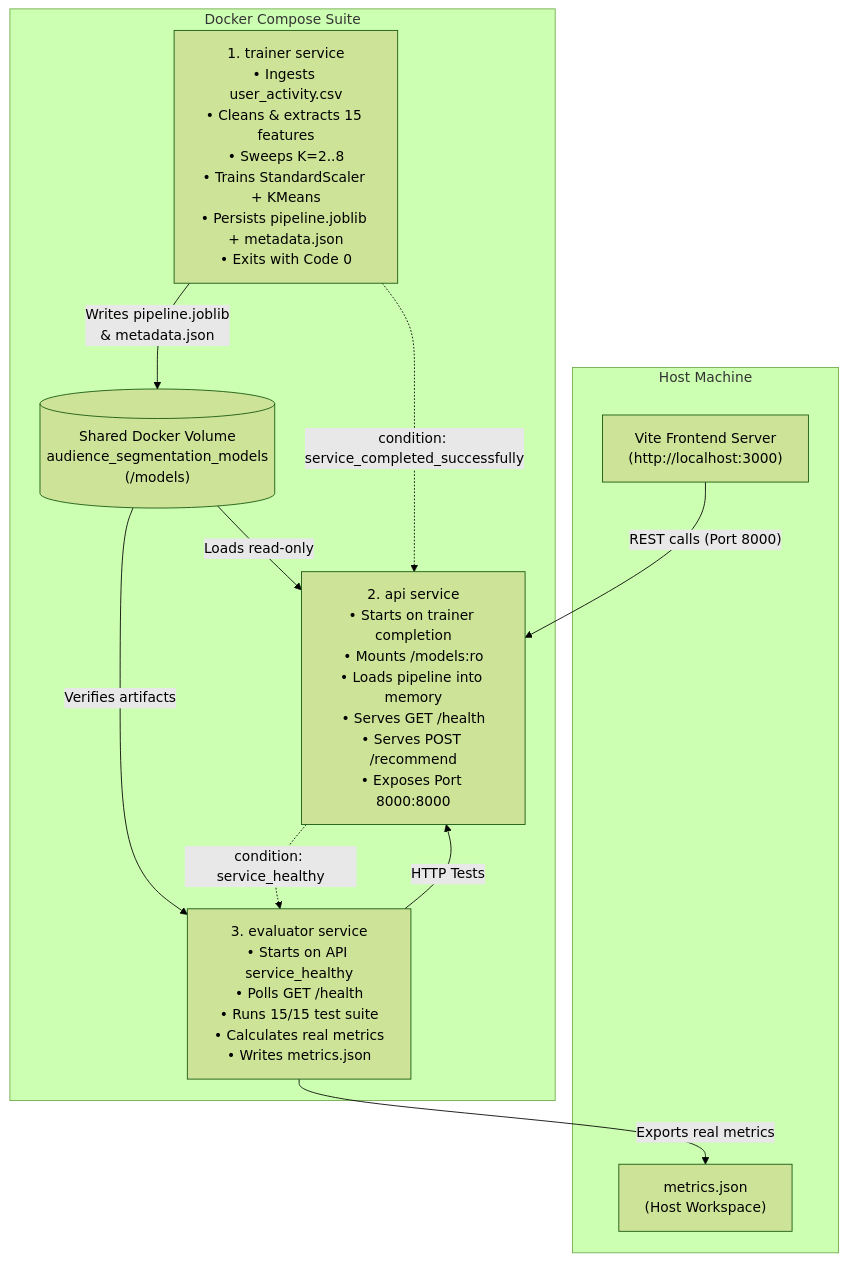
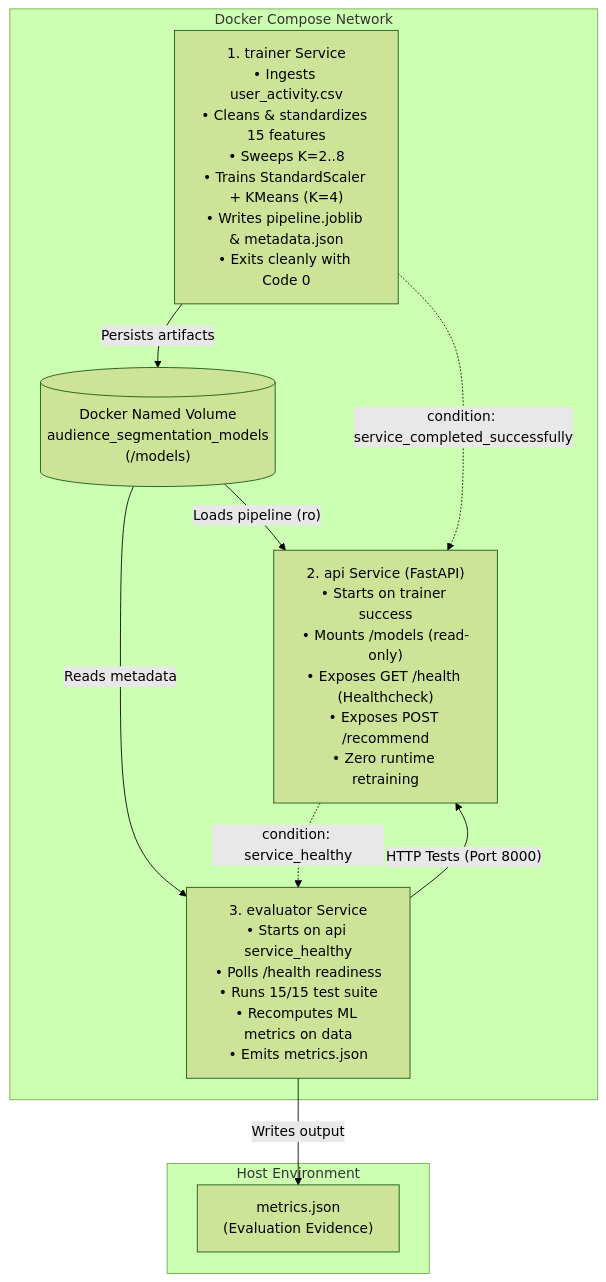
Before and after one commit to sheshagiri7/audience-segmentation: the diagram in REPORT.md, drawn with Mermaid (forest theme). The commit also changed other lines of this file and 26 other files, not shown here.

Commit message:
Final submission: audience segmentation service

````diff
--- a/REPORT.md
+++ b/REPORT.md
@@ -185,26 +51,24 @@
 ```mermaid
 flowchart TD
-    subgraph Host["Host Machine"]
-        Vite["Vite Frontend Server\n(http://localhost:3000)"]
-        MetricsOut["metrics.json\n(Host Workspace)"]
+    subgraph HostEnv["Host Environment"]
+        MetricsFile["metrics.json\n(Evaluation Evidence)"]
     end
 
-    subgraph DockerCompose["Docker Compose Suite"]
-        SharedVol[("Shared Docker Volume\naudience_segmentation_models\n(/models)")]
+    subgraph DockerSuite["Docker Compose Network"]
+        SharedVol[("Docker Named Volume\naudience_segmentation_models\n(/models)")]
 
-        Trainer["1. trainer service\n• Ingests user_activity.csv\n• Cleans & extracts 15 features\n• Sweeps K=2..8\n• Trains StandardScaler + KMeans\n• Persists pipeline.joblib + metadata.json\n• Exits with Code 0"]
+        Trainer["1. trainer Service\n• Ingests user_activity.csv\n• Cleans & standardizes 15 features\n• Sweeps K=2..8\n• Trains StandardScaler + KMeans (K=4)\n• Writes pipeline.joblib & metadata.json\n• Exits cleanly with Code 0"]
 
-        API["2. api service\n• Starts on trainer completion\n• Mounts /models:ro\n• Loads pipeline into memory\n• Serves GET /health\n• Serves POST /recommend\n• Exposes Port 8000:8000"]
+        API["2. api Service (FastAPI)\n• Starts on trainer success\n• Mounts /models (read-only)\n• Exposes GET /health (Healthcheck)\n• Exposes POST /recommend\n• Zero runtime retraining"]
 
-        Evaluator["3. evaluator service\n• Starts on API service_healthy\n• Polls GET /health\n• Runs 15/15 test suite\n• Calculates real metrics\n• Writes metrics.json"]
+        Evaluator["3. evaluator Service\n• Starts on api service_healthy\n• Polls /health readiness\n• Runs 15/15 test suite\n• Recomputes ML metrics on data\n• Emits metrics.json"]
     end
 
-    Trainer -->|"Writes pipeline.joblib\n& metadata.json"| SharedVol
-    SharedVol -->|"Loads read-only"| API
-    SharedVol -->|"Verifies artifacts"| Evaluator
+    Trainer -->|"Persists artifacts"| SharedVol
+    SharedVol -->|"Loads pipeline (ro)"| API
+    SharedVol -->|"Reads metadata"| Evaluator
     Trainer -.->|"condition: service_completed_successfully"| API
     API -.->|"condition: service_healthy"| Evaluator
-    Evaluator -->|"HTTP Tests"| API
-    Evaluator -->|"Exports real metrics"| MetricsOut
-    Vite -->|"REST calls (Port 8000)"| API
+    Evaluator -->|"HTTP Tests (Port 8000)"| API
+    Evaluator -->|"Writes output"| MetricsFile
 ```
````
